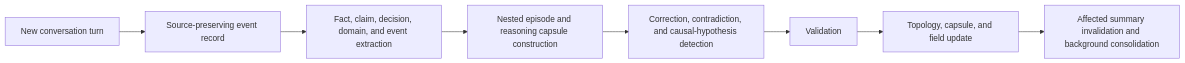
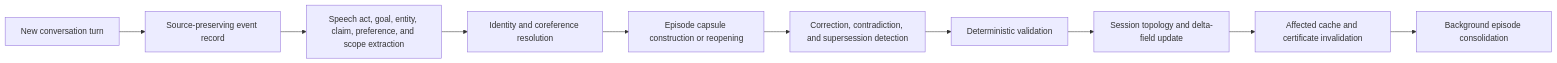
One commit to rishi-ie/LTM changed the seventh of 8 diagrams in docs/architecture.md. Above: the diagram before and after it, drawn with Mermaid. The commit also changed other lines of this file and 4 other files, not shown here.

Commit message:
Document Infinity-2 conversational architecture

````diff
--- a/docs/architecture.md
+++ b/docs/architecture.md
@@ -2774,13 +3016,15 @@
 ```mermaid
 flowchart LR
     A["New conversation turn"]
     B["Source-preserving event record"]
-    C["Fact, claim, decision, domain, and event extraction"]
-    D["Nested episode and reasoning capsule construction"]
-    E["Correction, contradiction, and causal-hypothesis detection"]
-    F["Validation"]
-    G["Topology, capsule, and field update"]
-    H["Affected summary invalidation and background consolidation"]
+    C["Speech act, goal, entity, claim, preference, and scope extraction"]
+    D["Identity and coreference resolution"]
+    E["Episode capsule construction or reopening"]
+    F["Correction, contradiction, and supersession detection"]
+    G["Deterministic validation"]
+    H["Session topology and delta-field update"]
+    I["Affected cache and certificate invalidation"]
+    J["Background episode consolidation"]
 
-    A --> B --> C --> D --> E --> F --> G --> H
+    A --> B --> C --> D --> E --> F --> G --> H --> I --> J
 ```
````
